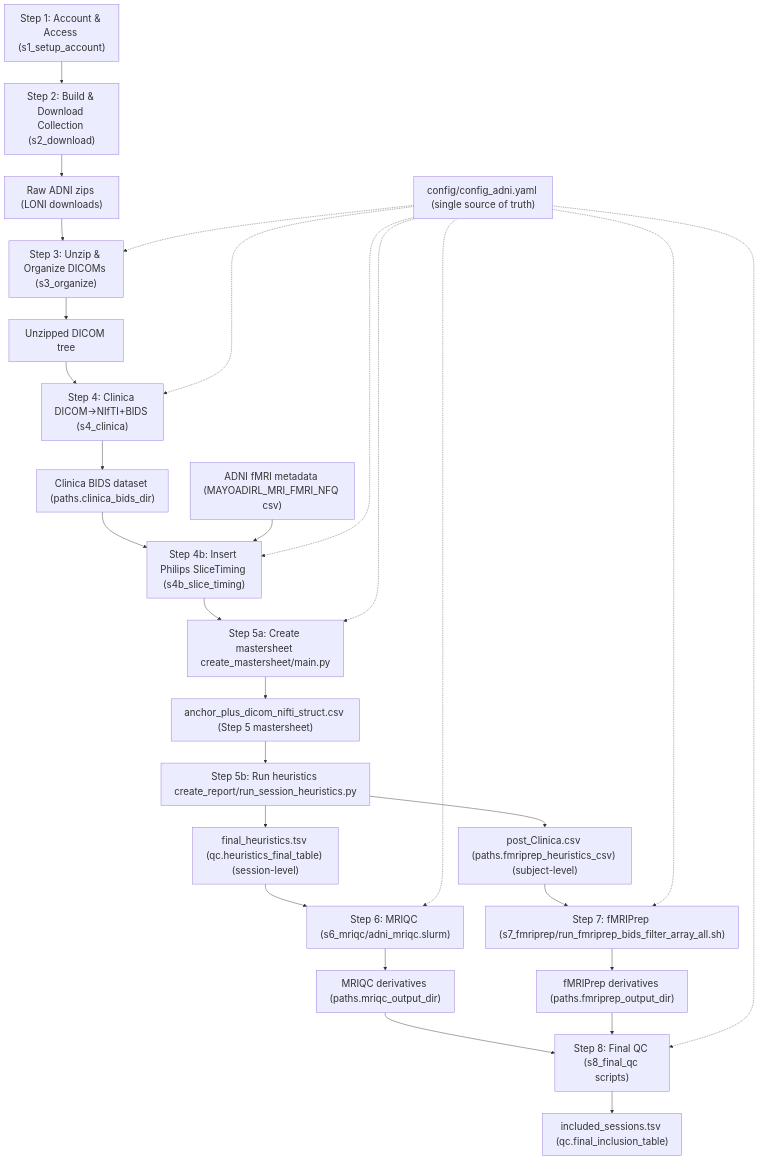
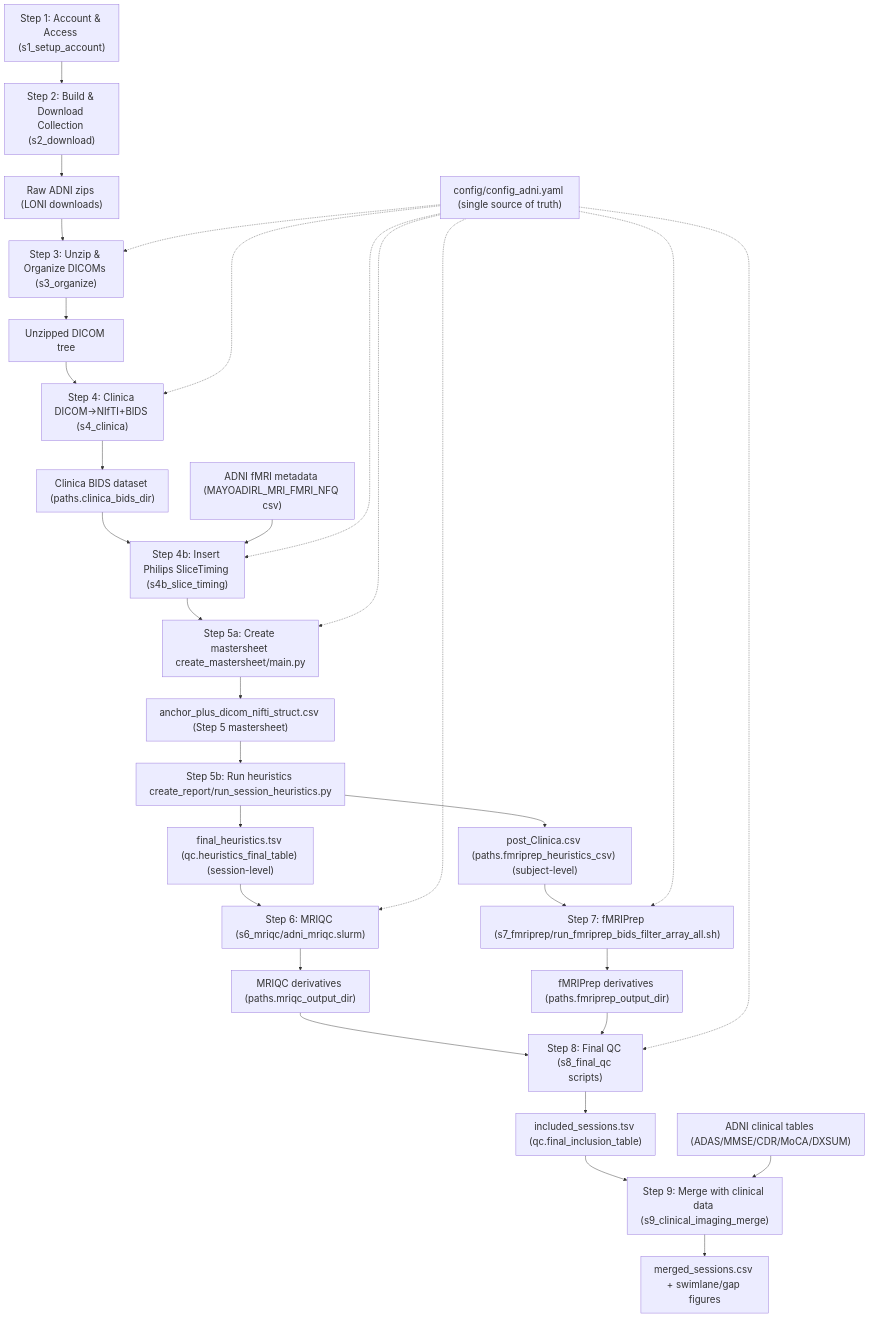
One commit to statMINDlab/ADNI_fMRI_protocol changed the diagram in README.md. Above: the diagram before and after it, drawn with Mermaid. The commit also changed other lines of this file and 2 other files, not shown here.

First line of the commit message:
Add s9 README and document Step 9 in the main README

````diff
--- a/README.md
+++ b/README.md
@@ -33,66 +34,73 @@
 ```mermaid
 %%{init: {'themeVariables': { 'fontSize': '22px' }}}%%
 flowchart TB
   %% Config and global inputs
   CFG["config/config_adni.yaml (single source of truth)"]
   RAW_ZIPS["Raw ADNI zips (LONI downloads)"]
 
   %% Steps 1-2: access and download
   S1["Step 1: Account & Access (s1_setup_account)"]
   S2["Step 2: Build & Download Collection (s2_download)"]
 
   %% Step 3: organize DICOMs
   S3["Step 3: Unzip & Organize DICOMs (s3_organize)"]
 
   %% Step 4: Clinica
   S4["Step 4: Clinica DICOM→NIfTI+BIDS (s4_clinica)"]
 
   %% Step 4b: repair Philips SliceTiming
   S4B["Step 4b: Insert Philips SliceTiming (s4b_slice_timing)"]
 
   %% Step 5: Post-Clinica QC (mastersheet + heuristics)
   S5a["Step 5a: Create mastersheet create_mastersheet/main.py"]
   S5b["Step 5b: Run heuristics create_report/run_session_heuristics.py"]
 
   %% Step 6-7: MRIQC and fMRIPrep
   S6["Step 6: MRIQC (s6_mriqc/adni_mriqc.slurm)"]
   S7["Step 7: fMRIPrep (s7_fmriprep/run_fmriprep_bids_filter_array_all.sh)"]
 
   %% Step 8: Final QC
   S8["Step 8: Final QC (s8_final_qc scripts)"]
 
+  %% Step 9: merge with clinical data (downstream)
+  S9["Step 9: Merge with clinical data (s9_clinical_imaging_merge)"]
+
   %% Data nodes
   RAW_DICOM["Unzipped DICOM tree"]
   BIDS["Clinica BIDS dataset (paths.clinica_bids_dir)"]
   ADNI_META["ADNI fMRI metadata (MAYOADIRL_MRI_FMRI_NFQ csv)"]
   ANCHOR["anchor_plus_dicom_nifti_struct.csv (Step 5 mastersheet)"]
   HEUR_SESS["final_heuristics.tsv (qc.heuristics_final_table) (session-level)"]
   HEUR_SUBJ["post_Clinica.csv (paths.fmriprep_heuristics_csv) (subject-level)"]
   MRIQC_DERIV["MRIQC derivatives (paths.mriqc_output_dir)"]
   FMRIPREP_DERIV["fMRIPrep derivatives (paths.fmriprep_output_dir)"]
   FINAL_INCLUDED["included_sessions.tsv (qc.final_inclusion_table)"]
+  ADNI_CLIN["ADNI clinical tables (ADAS/MMSE/CDR/MoCA/DXSUM)"]
+  MERGED["merged_sessions.csv + swimlane/gap figures"]
 
   %% High-level step flow
   S1 --> S2
   S2 --> RAW_ZIPS
   RAW_ZIPS --> S3 --> RAW_DICOM
   RAW_DICOM --> S4 --> BIDS
   BIDS --> S4B --> S5a --> ANCHOR
   ADNI_META --> S4B
   ANCHOR --> S5b
   S5b --> HEUR_SESS
   S5b --> HEUR_SUBJ
   HEUR_SESS --> S6 --> MRIQC_DERIV
   HEUR_SUBJ --> S7 --> FMRIPREP_DERIV
   MRIQC_DERIV --> S8
   FMRIPREP_DERIV --> S8 --> FINAL_INCLUDED
+  FINAL_INCLUDED --> S9
+  ADNI_CLIN --> S9 --> MERGED
 
   %% Config-driven edges (dashed, unlabeled for clarity)
   CFG -.-> S3
   CFG -.-> S4
   CFG -.-> S4B
   CFG -.-> S5a
   CFG -.-> S6
   CFG -.-> S7
   CFG -.-> S8
 ```
````
